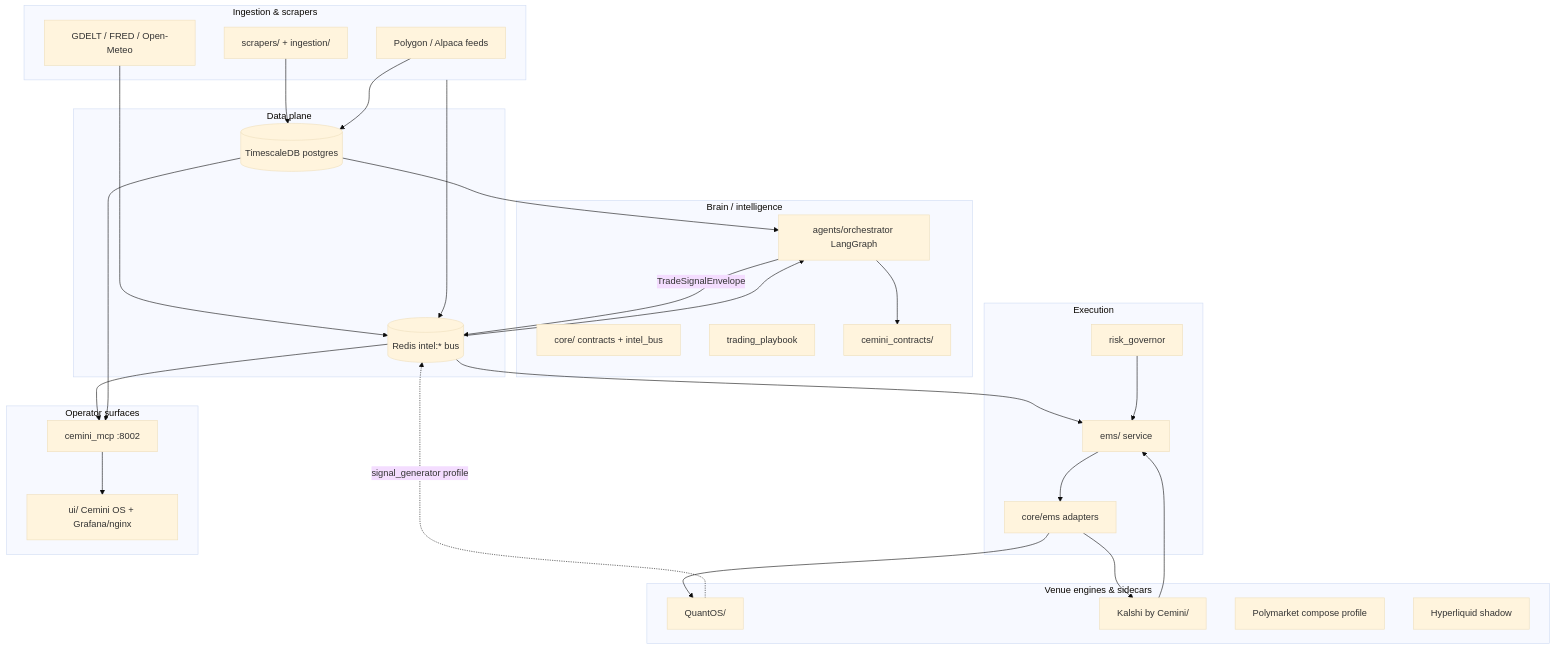
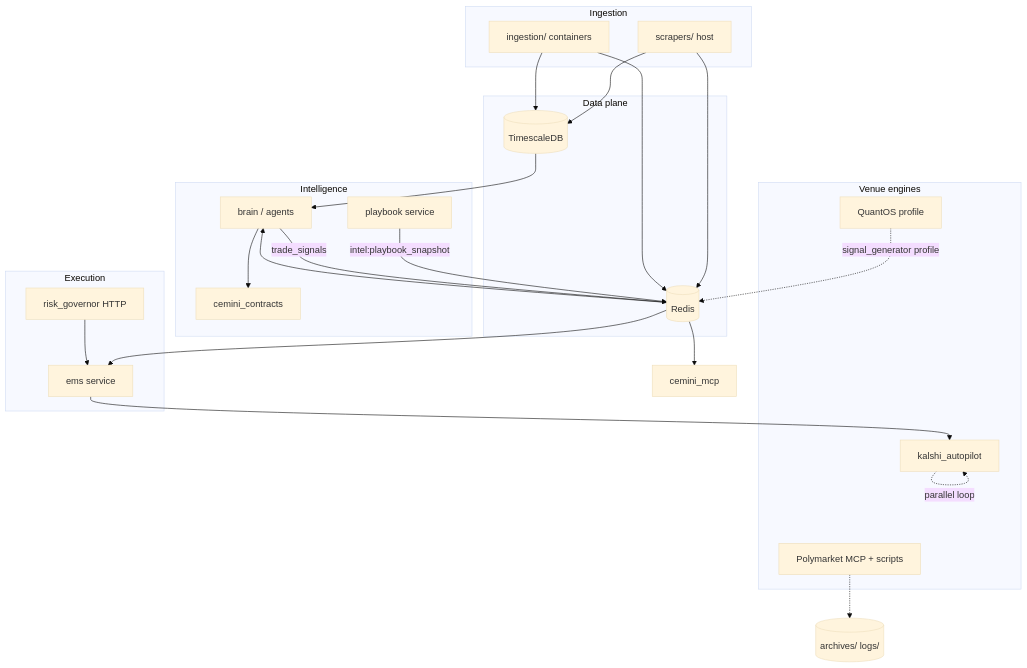
Before and after one commit to cemini23/llm-wiki-by-cemini: the first of 3 diagrams in wiki/osint/projects/cemini-financial-suite/Architecture/Architecture - Overview.md, drawn with Mermaid (base theme). The commit also changed other lines of this file and 21 other files, not shown here.

First line of the commit message:
Refresh CeminiSuite prod architecture handoff at de5ad93.

````diff
--- a/wiki/osint/projects/cemini-financial-suite/Architecture/Architecture - Overview.md
+++ b/wiki/osint/projects/cemini-financial-suite/Architecture/Architecture - Overview.md
@@ -53,57 +71,46 @@
 ```mermaid
 flowchart TB
-  subgraph ingest["Ingestion & scrapers"]
-    polygon[Polygon / Alpaca feeds]
-    gdelt[GDELT / FRED / Open-Meteo]
-    scrapers[scrapers/ + ingestion/]
+  subgraph ingest["Ingestion"]
+    ing[ingestion/ containers]
+    scr[scrapers/ host]
   end
 
   subgraph store["Data plane"]
-    ts[(TimescaleDB postgres)]
-    redis[(Redis intel:* bus)]
+    ts[(TimescaleDB)]
+    redis[(Redis)]
   end
 
-  subgraph brain["Brain / intelligence"]
-    agents[agents/orchestrator LangGraph]
-    core[core/ contracts + intel_bus]
-    playbook[trading_playbook]
-    contracts[cemini_contracts/]
+  subgraph intel["Intelligence"]
+    pb[playbook service]
+    brain[brain / agents]
+    contracts[cemini_contracts]
   end
 
   subgraph exec["Execution"]
-    ems_svc[ems/ service]
-    core_ems[core/ems adapters]
-    gov[risk_governor]
+    ems_svc[ems service]
+    gov[risk_governor HTTP]
   end
 
-  subgraph venues["Venue engines & sidecars"]
-    quant[QuantOS/]
-    kalshi[Kalshi by Cemini/]
-    pm[Polymarket compose profile]
-    hl[Hyperliquid shadow]
+  subgraph venues["Venue engines"]
+    kalshi[kalshi_autopilot]
+    quant[QuantOS profile]
+    pm[Polymarket MCP + scripts]
   end
 
-  subgraph expose["Operator surfaces"]
-    mcp[cemini_mcp :8002]
-    ui[ui/ Cemini OS + Grafana/nginx]
-  end
-
-  scrapers --> ts
-  polygon --> ts
-  gdelt --> redis
-  ingest --> redis
-  redis --> agents
-  ts --> agents
-  agents --> contracts
-  agents -->|TradeSignalEnvelope| redis
+  scr --> ts
+  ing --> ts
+  scr --> redis
+  ing --> redis
+  pb -->|intel:playbook_snapshot| redis
+  redis --> brain
+  ts --> brain
+  brain --> contracts
+  brain -->|trade_signals| redis
   redis --> ems_svc
-  ems_svc --> core_ems
-  core_ems --> quant
-  core_ems --> kalshi
-  kalshi --> ems_svc
+  gov --> ems_svc
+  ems_svc --> kalshi
+  kalshi -.->|parallel loop| kalshi
   quant -.->|signal_generator profile| redis
-  gov --> ems_svc
-  redis --> mcp
-  ts --> mcp
-  mcp --> ui
+  pm -.-> archives[(archives/ logs/)]
+  redis --> mcp[cemini_mcp]
 ```
````
